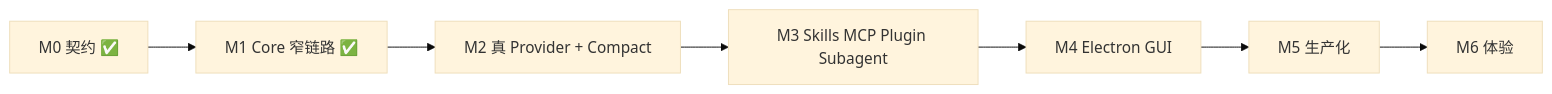
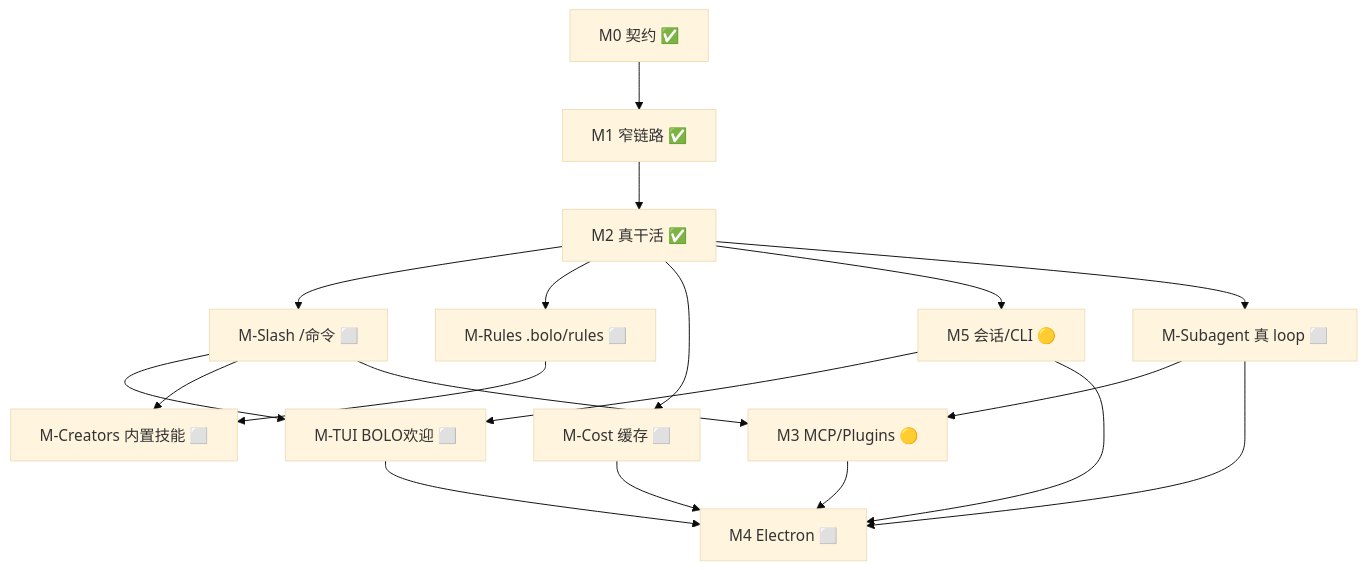
The diagram in docs/ROADMAP.md (TheLostRiver/bolo-code), drawn with Mermaid (base theme) before and after one commit. The commit also changed other lines of this file and 3 other files, not shown here.

First line of the commit message:
docs: expand roadmap with TUI, rules, subagent, and JSONL plan

````diff
--- a/docs/ROADMAP.md
+++ b/docs/ROADMAP.md
@@ -142,11 +415,32 @@
 ```mermaid
-flowchart LR
+flowchart TB
   M0[M0 契约 ✅]
-  M1[M1 Core 窄链路 ✅]
-  M2[M2 真 Provider + Compact]
-  M3[M3 Skills MCP Plugin Subagent]
-  M4[M4 Electron GUI]
-  M5[M5 生产化]
-  M6[M6 体验]
-  M0 --> M1 --> M2 --> M3 --> M4 --> M5 --> M6
+  M1[M1 窄链路 ✅]
+  M2[M2 真干活 ✅]
+  MCost[M-Cost 缓存 ⬜]
+  MSlash[M-Slash /命令 ⬜]
+  MRules[M-Rules .bolo/rules ⬜]
+  MCreators[M-Creators 内置技能 ⬜]
+  MSub[M-Subagent 真 loop ⬜]
+  MTUI[M-TUI BOLO欢迎 ⬜]
+  M3[M3 MCP/Plugins 🟡]
+  M5[M5 会话/CLI 🟡]
+  M4[M4 Electron ⬜]
+  M0 --> M1 --> M2
+  M2 --> MSlash
+  M2 --> MRules
+  M2 --> MCost
+  M2 --> M5
+  M2 --> MSub
+  M5 --> MTUI
+  MSlash --> MTUI
+  MSlash --> MCreators
+  MRules --> MCreators
+  MSlash --> M3
+  MSub --> M3
+  M3 --> M4
+  MTUI --> M4
+  M5 --> M4
+  MCost --> M4
+  MSub --> M4
 ```
````
